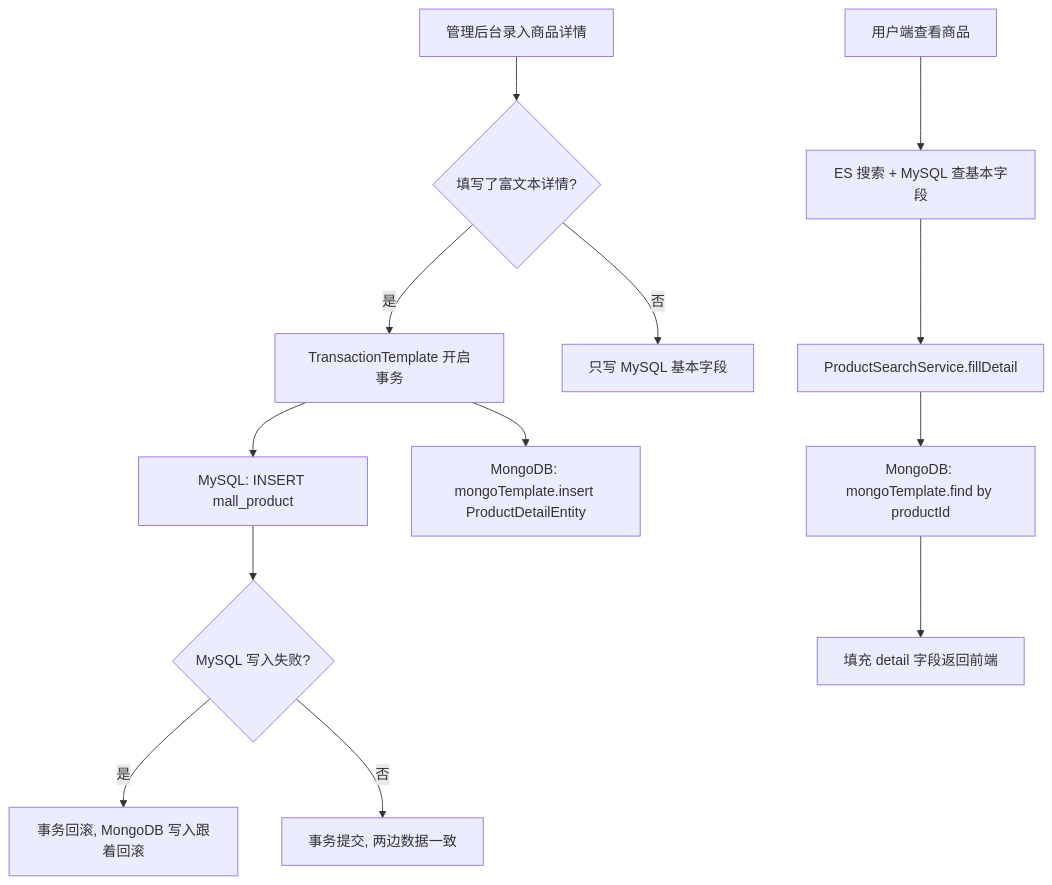
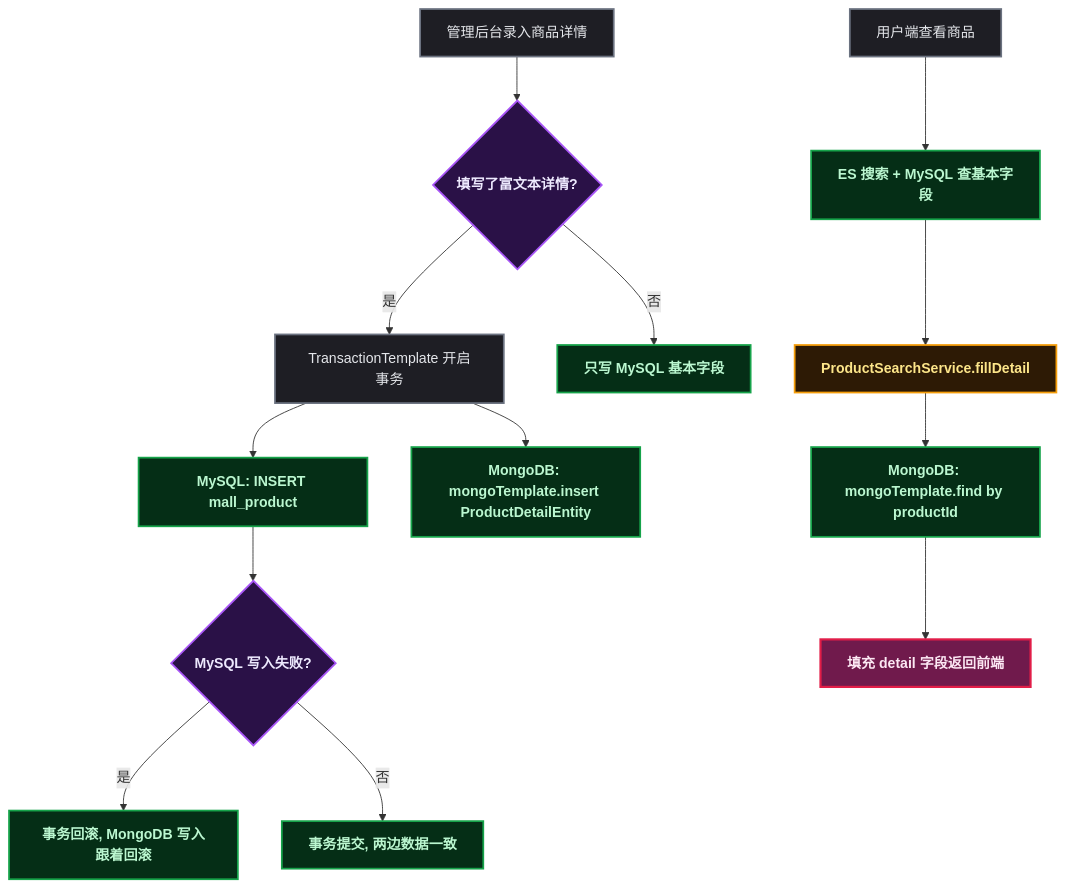
Before and after one commit to yaocat55/yaocat55.github.io: the diagram in content/posts/mongodb/SpringBootMongoDB.md, drawn with Mermaid. The commit also changed 155 other files, not shown here.

````diff
--- a/content/posts/mongodb/SpringBootMongoDB.md
+++ b/content/posts/mongodb/SpringBootMongoDB.md
@@ -706,16 +706,28 @@
 ```mermaid
 flowchart TD
+%% 半暗底色 + 高亮描边：完美适配博客深色/浅色双主题 %%
+classDef process fill:#1e1e24,stroke:#6b7280,stroke-width:2px,color:#e5e7eb;
+classDef condition fill:#2a1147,stroke:#a855f7,stroke-width:2px,color:#ede9fe,font-weight:bold;
+classDef data fill:#052e16,stroke:#16a34a,stroke-width:2px,color:#bbf7d0,font-weight:bold;
+classDef branch fill:#2d1a05,stroke:#f59e0b,stroke-width:2px,color:#fde68a,font-weight:bold;
+classDef startEnd fill:#701a4c,stroke:#e11d48,stroke-width:2.5px,color:#fce7f3,font-weight:bold;
     A[管理后台录入商品详情] --> B{填写了富文本详情?}
     B -->|是| C[TransactionTemplate 开启事务]
     B -->|否| D[只写 MySQL 基本字段]
     C --> E[MySQL: INSERT mall_product]
     C --> F[MongoDB: mongoTemplate.insert ProductDetailEntity]
     E --> G{MySQL 写入失败?}
     G -->|是| H[事务回滚, MongoDB 写入跟着回滚]
     G -->|否| I[事务提交, 两边数据一致]
 
     J[用户端查看商品] --> K[ES 搜索 + MySQL 查基本字段]
     K --> L[ProductSearchService.fillDetail]
     L --> M[MongoDB: mongoTemplate.find by productId]
     M --> N[填充 detail 字段返回前端]
+
+class L branch;
+class B,G condition;
+class D,E,F,H,I,K,M data;
+class A,C,J process;
+class N startEnd;
 ```
````
